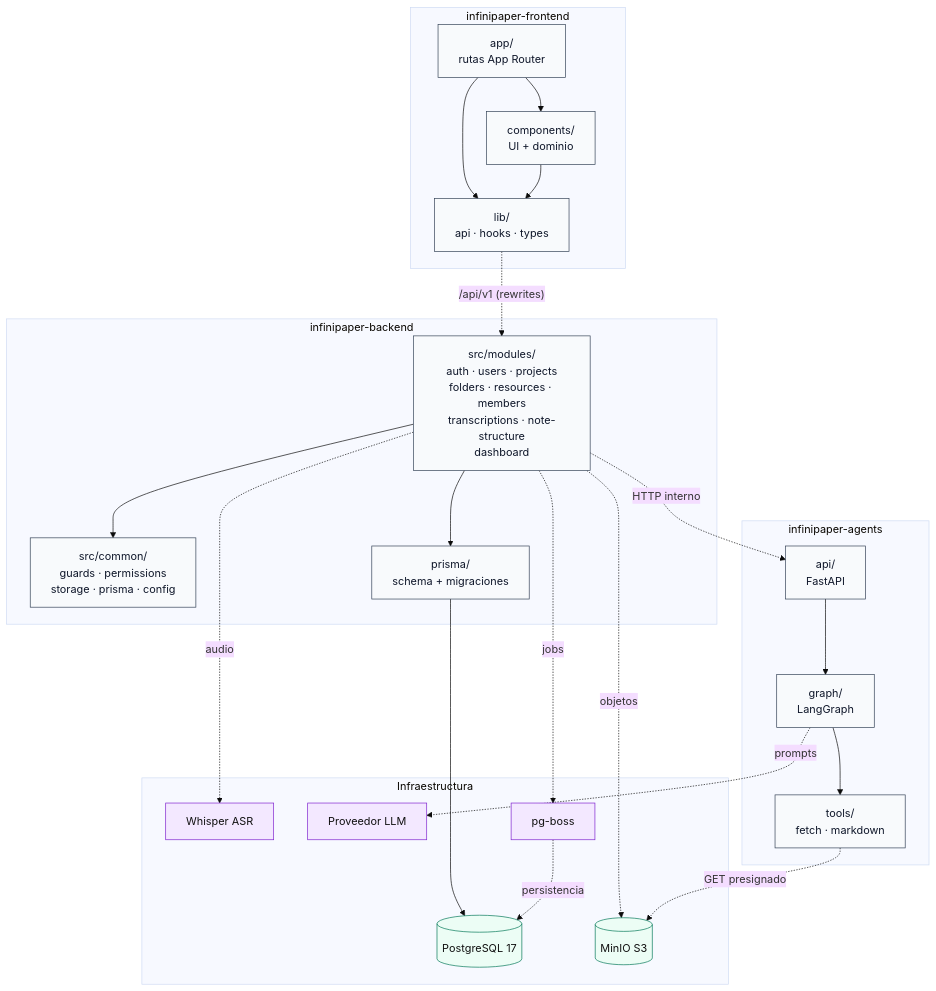
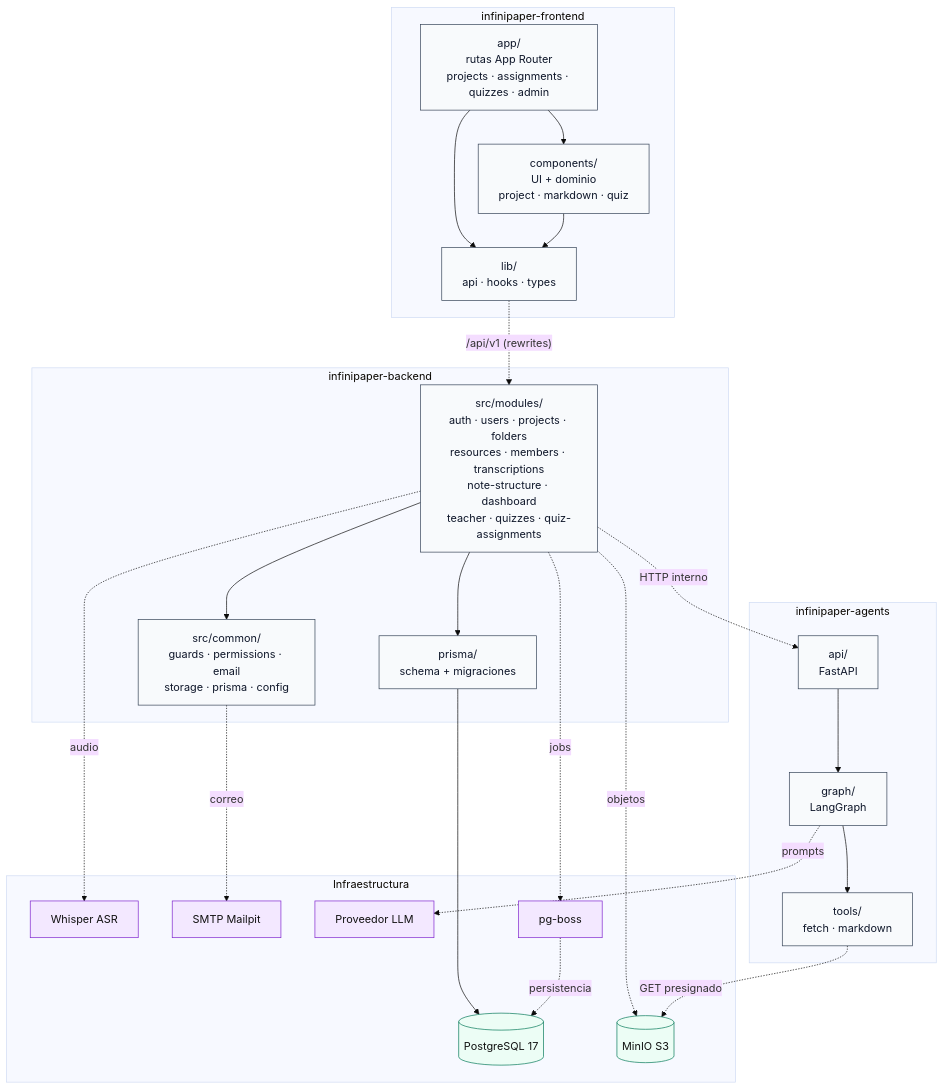
The diagram in docs/sdd/diagramas/paquetes.md (CesarKnight/infinipaper-proy), drawn with Mermaid before and after one commit. The commit also changed other lines of this file and 20 other files, not shown here.

Commit message:
docs: diagramas de las historias 015-018

````diff
--- a/docs/sdd/diagramas/paquetes.md
+++ b/docs/sdd/diagramas/paquetes.md
@@ -5,50 +5,52 @@
 ```mermaid
 %%{init: {"theme": "base", "themeVariables": {"fontFamily": "Inter, sans-serif"}}}%%
 flowchart TB
   classDef pkg fill:#f8fafc,stroke:#334155,stroke-width:1px,color:#0f172a
   classDef ext fill:#f3e8ff,stroke:#7e22ce,stroke-width:1px,color:#111
   classDef data fill:#ecfdf5,stroke:#047857,stroke-width:1px,color:#111
 
   subgraph Frontend["infinipaper-frontend"]
-    APP["app/<br/>rutas App Router"]:::pkg
-    COMP["components/<br/>UI + dominio"]:::pkg
+    APP["app/<br/>rutas App Router<br/>projects · assignments · quizzes · admin"]:::pkg
+    COMP["components/<br/>UI + dominio<br/>project · markdown · quiz"]:::pkg
     LIB["lib/<br/>api · hooks · types"]:::pkg
   end
 
   subgraph Backend["infinipaper-backend"]
-    MOD["src/modules/<br/>auth · users · projects<br/>folders · resources · members<br/>transcriptions · note-structure<br/>dashboard"]:::pkg
-    COMMON["src/common/<br/>guards · permissions<br/>storage · prisma · config"]:::pkg
+    MOD["src/modules/<br/>auth · users · projects · folders<br/>resources · members · transcriptions<br/>note-structure · dashboard<br/>teacher · quizzes · quiz-assignments"]:::pkg
+    COMMON["src/common/<br/>guards · permissions · email<br/>storage · prisma · config"]:::pkg
     PRISMA["prisma/<br/>schema + migraciones"]:::pkg
   end
 
   subgraph Agents["infinipaper-agents"]
     AGAPI["api/<br/>FastAPI"]:::pkg
     AGRAPH["graph/<br/>LangGraph"]:::pkg
     ATOOLS["tools/<br/>fetch · markdown"]:::pkg
   end
 
   subgraph Infra["Infraestructura"]
     PG[(PostgreSQL 17)]:::data
     MINIO[(MinIO S3)]:::data
     WHISPER[Whisper ASR]:::ext
+    MAILPIT[SMTP Mailpit]:::ext
     LLM[Proveedor LLM]:::ext
     QUEUE[pg-boss]:::ext
   end
 
   APP --> COMP
   APP --> LIB
   COMP --> LIB
   LIB -. "/api/v1 (rewrites)" .-> MOD
   MOD --> COMMON
   MOD --> PRISMA
   MOD -. "HTTP interno" .-> AGAPI
   AGAPI --> AGRAPH
   AGRAPH --> ATOOLS
   PRISMA --> PG
   MOD -. "objetos" .-> MINIO
   MOD -. "audio" .-> WHISPER
   MOD -. "jobs" .-> QUEUE
+  COMMON -. "correo" .-> MAILPIT
   ATOOLS -. "GET presignado" .-> MINIO
   AGRAPH -. "prompts" .-> LLM
   QUEUE -. "persistencia" .-> PG
 ```
````
